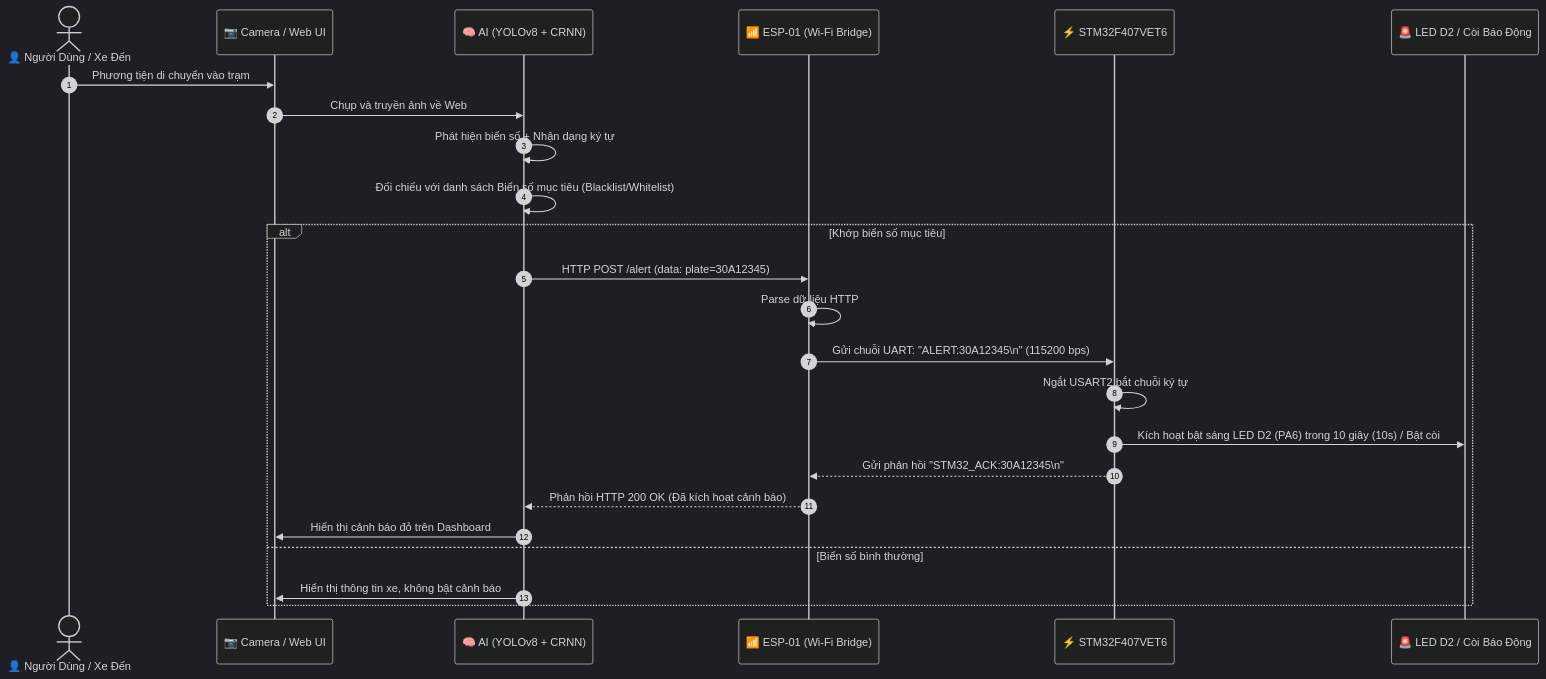
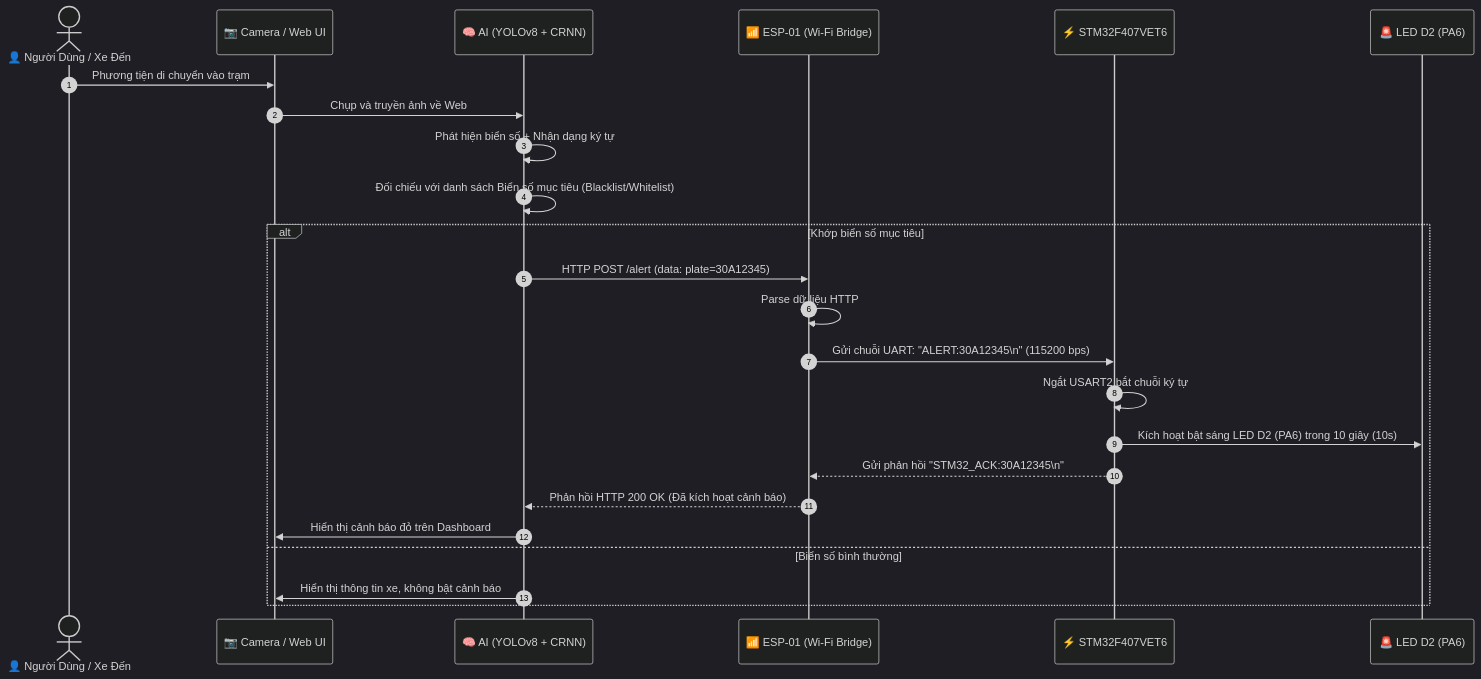
Before and after one commit to thang0989052585-del/DA_KY_523100182_He_Thong_Nhan_dien_bien_so_xe: the fourth of 4 diagrams in README.md, drawn with Mermaid (dark theme). The commit also changed other lines of this file and 3 other files, not shown here.

Commit message:
docs(iot): bo coi buzzer chi de LED D2 sang 10s, bo sung huong dan nap va ket noi phan cung buoc 5 trong README

````diff
--- a/README.md
+++ b/README.md
@@ -227,27 +301,27 @@
 ```mermaid
 sequenceDiagram
     autonumber
     actor User as 👤 Người Dùng / Xe Đến
     participant Cam as 📷 Camera / Web UI
     participant AI as 🧠 AI (YOLOv8 + CRNN)
     participant ESP as 📶 ESP-01 (Wi-Fi Bridge)
     participant STM as ⚡ STM32F407VET6
-    participant Actuator as 🚨 LED D2 / Còi Báo Động
+    participant Actuator as 🚨 LED D2 (PA6)
 
     User->>Cam: Phương tiện di chuyển vào trạm
     Cam->>AI: Chụp và truyền ảnh về Web
     AI->>AI: Phát hiện biển số + Nhận dạng ký tự
     AI->>AI: Đối chiếu với danh sách Biển số mục tiêu (Blacklist/Whitelist)
     alt Khớp biển số mục tiêu
         AI->>ESP: HTTP POST /alert (data: plate=30A12345)
         ESP->>ESP: Parse dữ liệu HTTP
         ESP->>STM: Gửi chuỗi UART: "ALERT:30A12345\n" (115200 bps)
         STM->>STM: Ngắt USART2 bắt chuỗi ký tự
-        STM->>Actuator: Kích hoạt bật sáng LED D2 (PA6) trong 10 giây (10s) / Bật còi
+        STM->>Actuator: Kích hoạt bật sáng LED D2 (PA6) trong 10 giây (10s)
         STM-->>ESP: Gửi phản hồi "STM32_ACK:30A12345\n"
         ESP-->>AI: Phản hồi HTTP 200 OK (Đã kích hoạt cảnh báo)
         AI->>Cam: Hiển thị cảnh báo đỏ trên Dashboard
     else Biển số bình thường
         AI->>Cam: Hiển thị thông tin xe, không bật cảnh báo
     end
 ```
````
